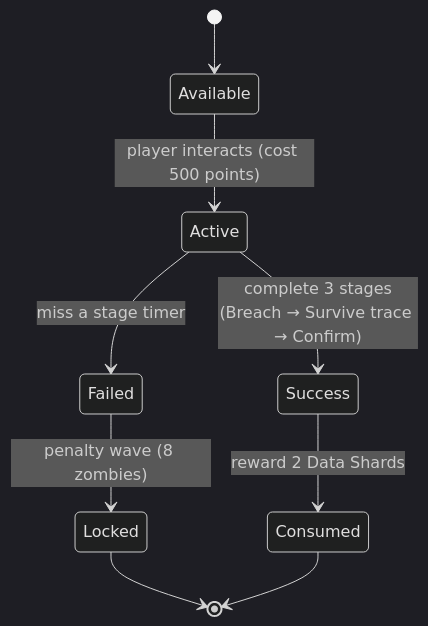
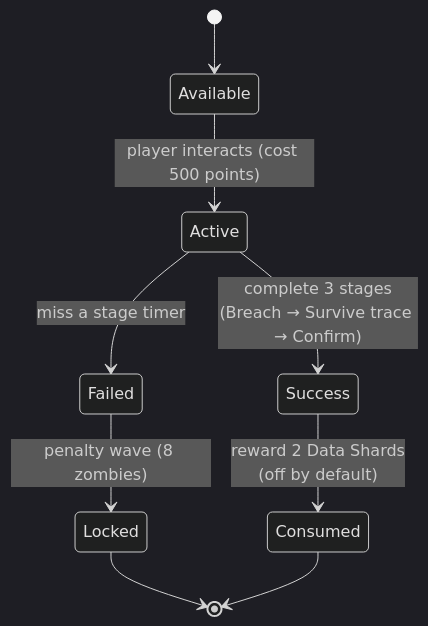
Before and after one commit to JordanUrbaezLu/abandoned_cyber_city_zombies: the third of 3 diagrams in docs/05_mechanics.md, drawn with Mermaid (dark theme). The commit also changed other lines of this file and 134 other files, not shown here.

````diff
--- a/docs/05_mechanics.md
+++ b/docs/05_mechanics.md
@@ -300,11 +303,11 @@
 ```mermaid
 stateDiagram-v2
     [*] --> Available
     Available --> Active: player interacts (cost 500 points)
     Active --> Success: complete 3 stages<br/>(Breach → Survive trace → Confirm)
     Active --> Failed: miss a stage timer
-    Success --> Consumed: reward 2 Data Shards
+    Success --> Consumed: reward 2 Data Shards<br/>(off by default)
     Failed --> Locked: penalty wave (8 zombies)
     Locked --> [*]
     Consumed --> [*]
 ```
````
